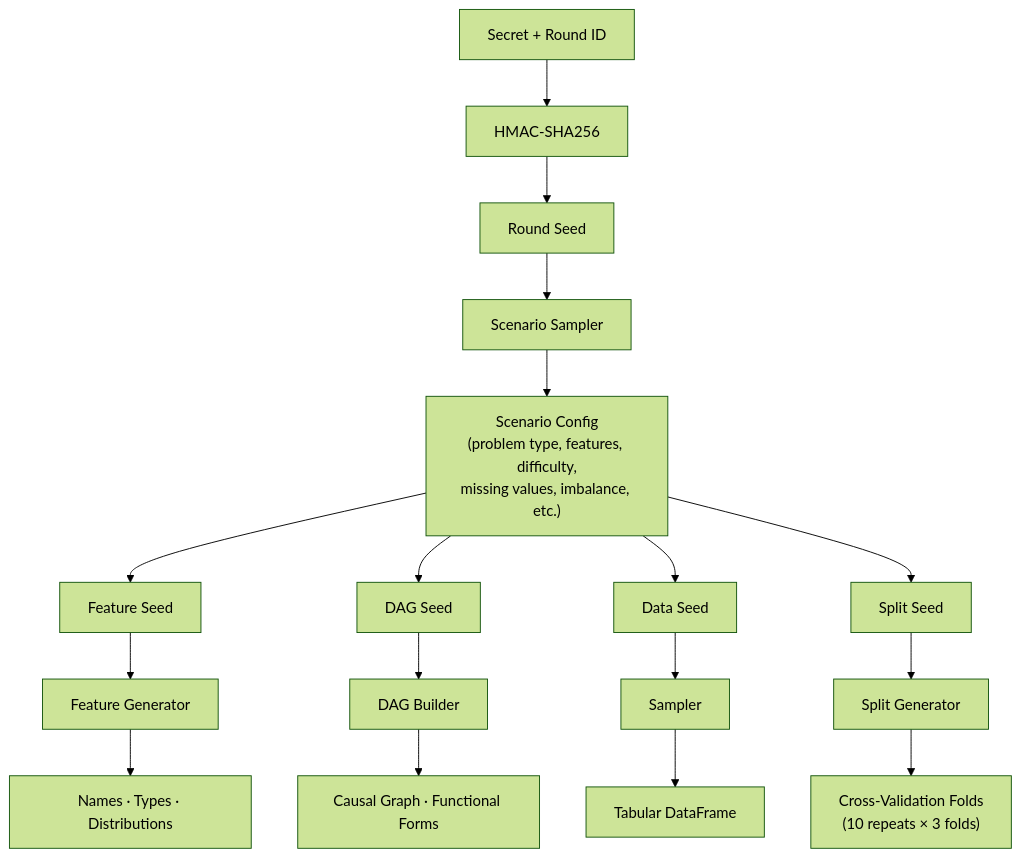
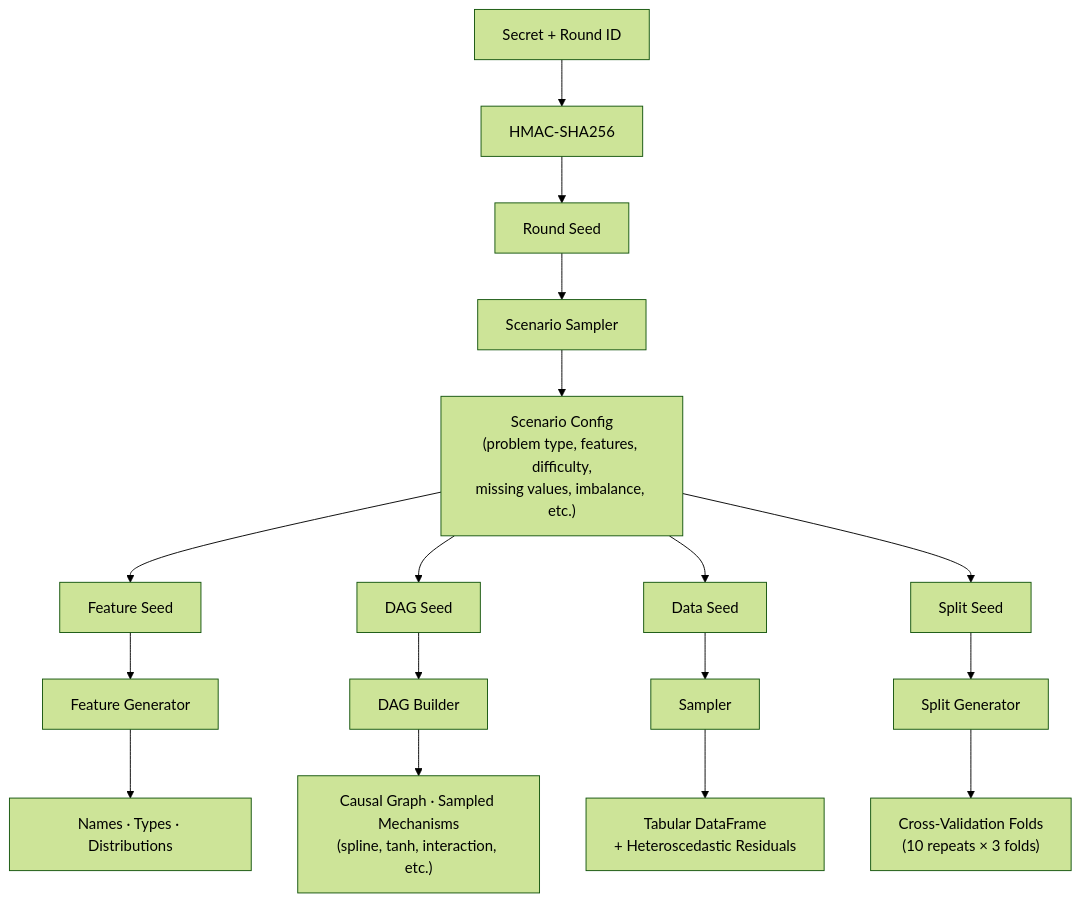
The diagram in README.md (jxucoder/tabular-bank), drawn with Mermaid (forest theme) before and after one commit. The commit also changed other lines of this file and 8 other files, not shown here.

Commit message:
Add sampled mechanisms and generation website

````diff
--- a/README.md
+++ b/README.md
@@ -75,24 +75,24 @@
 ```mermaid
 flowchart TD
     A["Secret + Round ID"] --> B["HMAC-SHA256"]
     B --> C["Round Seed"]
     C --> D["Scenario Sampler"]
     D --> E["Scenario Config\n(problem type, features, difficulty,\nmissing values, imbalance, etc.)"]
 
     E --> FS["Feature Seed"]
     E --> DS["DAG Seed"]
     E --> AS["Data Seed"]
     E --> SS["Split Seed"]
 
     FS --> FG["Feature Generator"]
     FG --> FO["Names · Types · Distributions"]
 
     DS --> DB["DAG Builder"]
-    DB --> DO["Causal Graph · Functional Forms"]
+    DB --> DO["Causal Graph · Sampled Mechanisms\n(spline, tanh, interaction, etc.)"]
 
     AS --> SM["Sampler"]
-    SM --> SO["Tabular DataFrame"]
+    SM --> SO["Tabular DataFrame\n+ Heteroscedastic Residuals"]
 
     SS --> SG["Split Generator"]
     SG --> SGO["Cross-Validation Folds\n(10 repeats × 3 folds)"]
 ```
````
